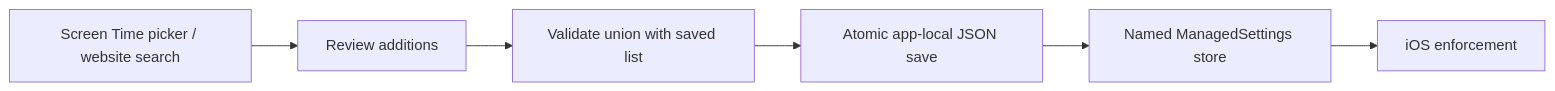
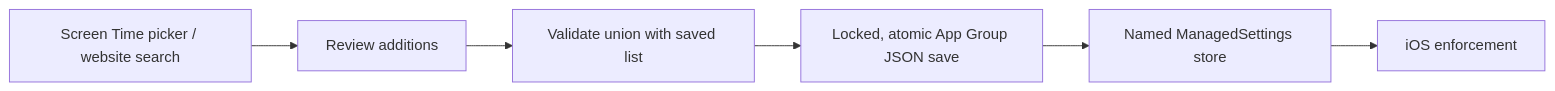
One commit to FarzamHejaziK/Just30 changed the first of 2 diagrams in docs/architecture.md. Above: the diagram before and after it, drawn with Mermaid. The commit also changed other lines of this file and 55 other files, not shown here.

````diff
--- a/docs/architecture.md
+++ b/docs/architecture.md
@@ -7,8 +7,8 @@
 ```mermaid
 flowchart LR
   Picker[Screen Time picker / website search] --> Review[Review additions]
   Review --> Union[Validate union with saved list]
-  Union --> Disk[Atomic app-local JSON save]
+  Union --> Disk[Locked, atomic App Group JSON save]
   Disk --> Settings[Named ManagedSettings store]
   Settings --> OS[iOS enforcement]
 ```
````
